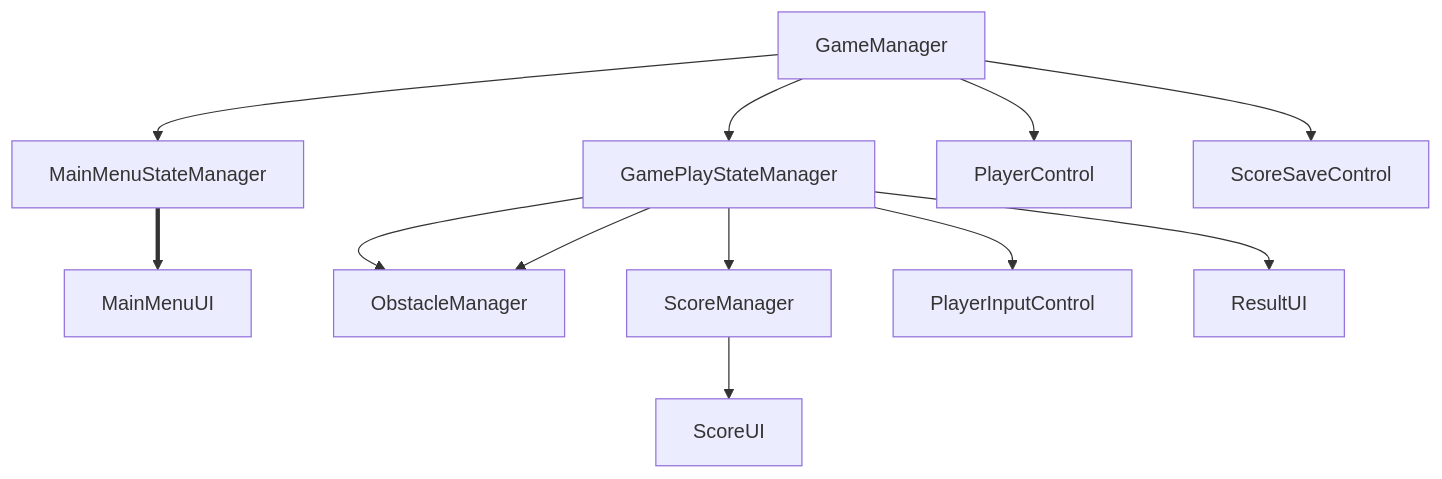
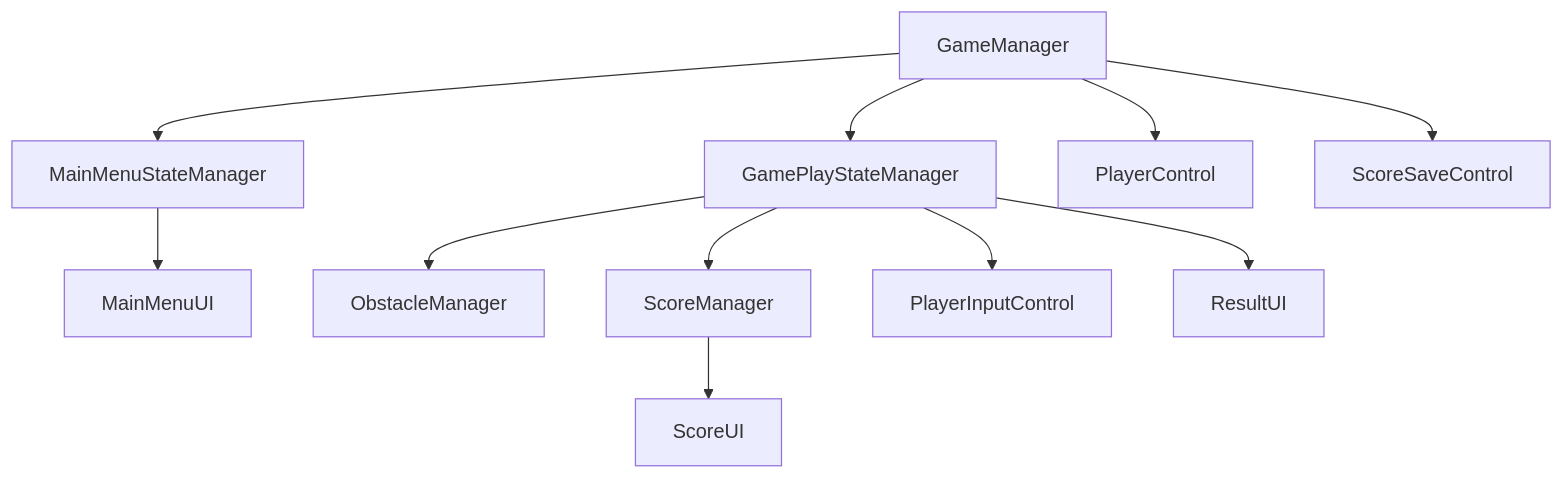
The first of 2 diagrams in README.md (poom12345p/Flappy-Bird-Clone), drawn with Mermaid before and after one commit. The commit also changed other lines of this file, not shown here.

````diff
--- a/README.md
+++ b/README.md
@@ -3,14 +3,13 @@
 ```mermaid
 graph TD;
     GameManager-->MainMenuStateManager
-    MainMenuStateManager ==> MainMenuUI
+    MainMenuStateManager --> MainMenuUI
     GameManager-->GamePlayStateManager
     GameManager-->PlayerControl
     GameManager-->ScoreSaveControl
-    GamePlayStateManager-->ObstacleManager
     GamePlayStateManager-->ObstacleManager
     GamePlayStateManager-->ScoreManager
     GamePlayStateManager-->PlayerInputControl
     GamePlayStateManager-->ResultUI
     ScoreManager-->ScoreUI
 ```
````
